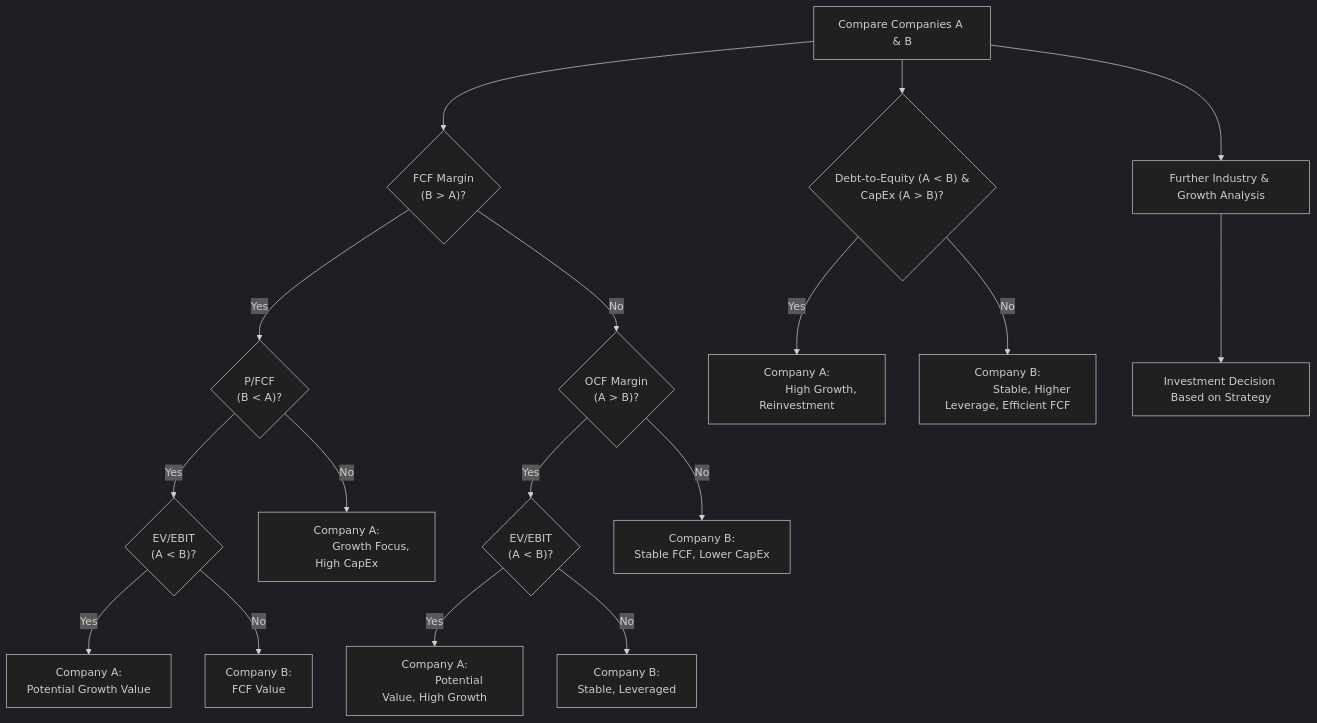
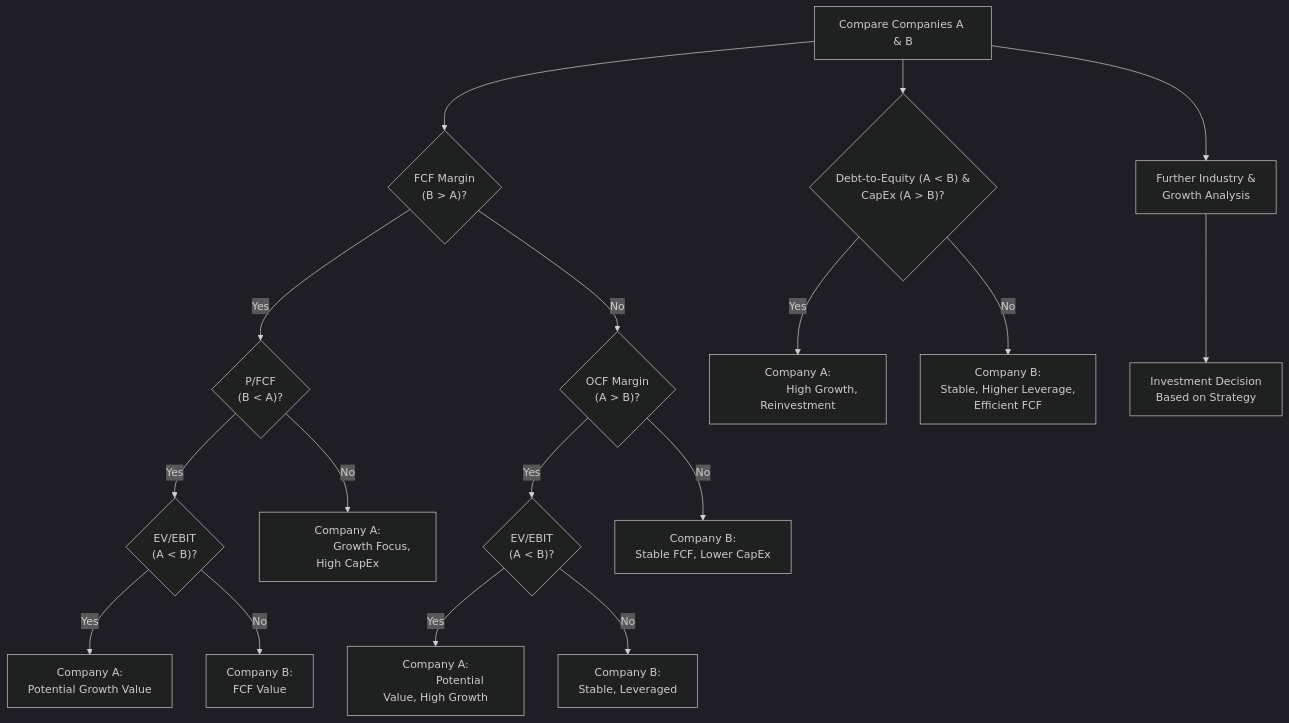
The diagram in README.md (etnt/stocks), drawn with Mermaid (dark theme) before and after one commit. The commit also changed other lines of this file, not shown here.

````diff
--- a/README.md
+++ b/README.md
@@ -367,58 +407,61 @@
 ```mermaid
 flowchart TD
     Start["Compare Companies A & B"]
     FCF_Margin{"FCF Margin\n(B > A)?"}
     P_FCF{"P/FCF
           (B < A)?"}
     EV_EBIT1{"EV/EBIT
               (A < B)?"}
     OCF_Margin{"OCF Margin
                 (A > B)?"}
     EV_EBIT2{"EV/EBIT
              (A < B)?"}
     Debt_CapEx{"Debt-to-Equity (A < B) &
                 CapEx (A > B)?"}
     
     CompanyA1["Company A:
                Potential Growth Value"]
     CompanyB1["Company B:
                FCF Value"]
     CompanyA2["Company A:
                Growth Focus, High CapEx"]
     CompanyA3["Company A:
                Potential Value, High Growth"]
     CompanyB2["Company B:
                Stable, Leveraged"]
     CompanyB3["Company B:
                Stable FCF, Lower CapEx"]
     CompanyA4["Company A:
                High Growth, Reinvestment"]
     CompanyB4["Company B:
-               Stable, Higher Leverage, Efficient FCF"]
-    Industry["Further Industry & Growth Analysis"]
-    Decision["Investment Decision Based on Strategy"]
+               Stable, Higher Leverage,
+               Efficient FCF"]
+    Industry["Further Industry & 
+              Growth Analysis"]
+    Decision["Investment Decision
+              Based on Strategy"]
     
     Start --> FCF_Margin
     FCF_Margin -->|Yes| P_FCF
     FCF_Margin -->|No| OCF_Margin
     
     P_FCF -->|Yes| EV_EBIT1
     P_FCF -->|No| CompanyA2
     
     EV_EBIT1 -->|Yes| CompanyA1
     EV_EBIT1 -->|No| CompanyB1
     
     OCF_Margin -->|Yes| EV_EBIT2
     OCF_Margin -->|No| CompanyB3
     
     EV_EBIT2 -->|Yes| CompanyA3
     EV_EBIT2 -->|No| CompanyB2
     
     Start --> Debt_CapEx
     
     Debt_CapEx -->|Yes| CompanyA4
     Debt_CapEx -->|No| CompanyB4
     
     Start --> Industry
     Industry --> Decision
 ```
````
